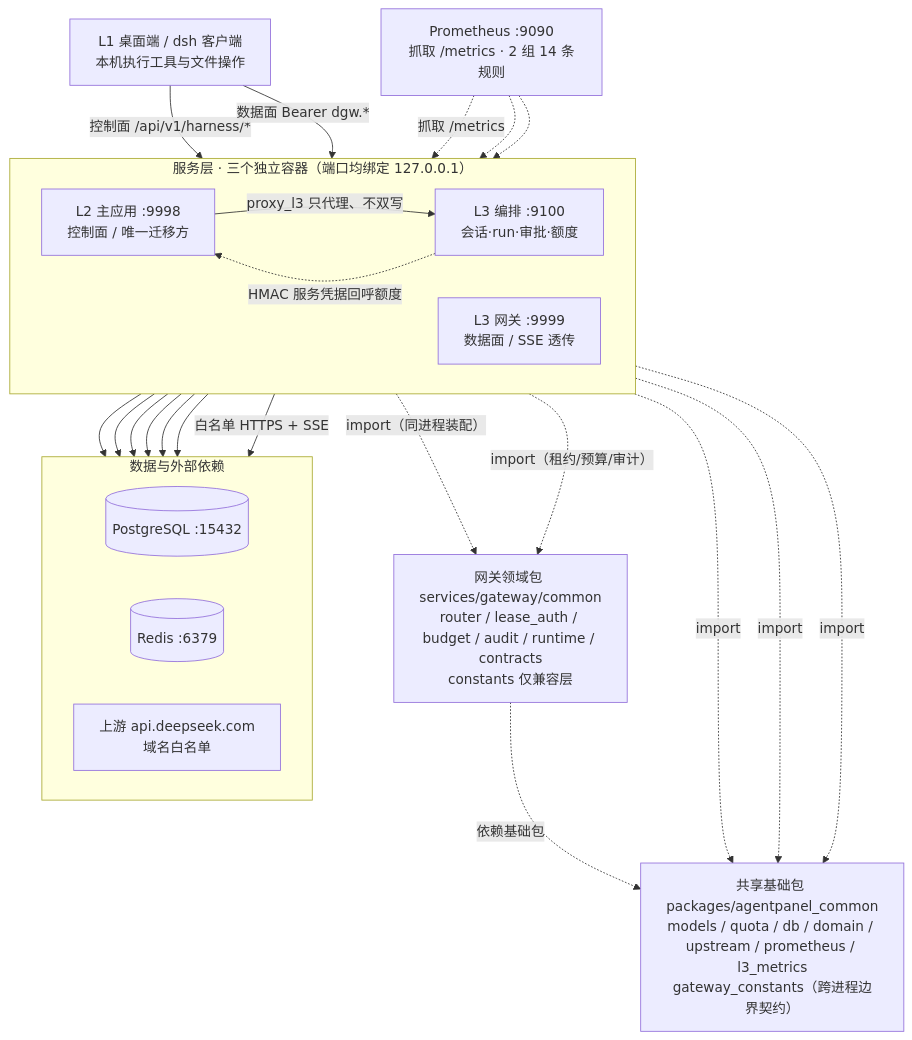
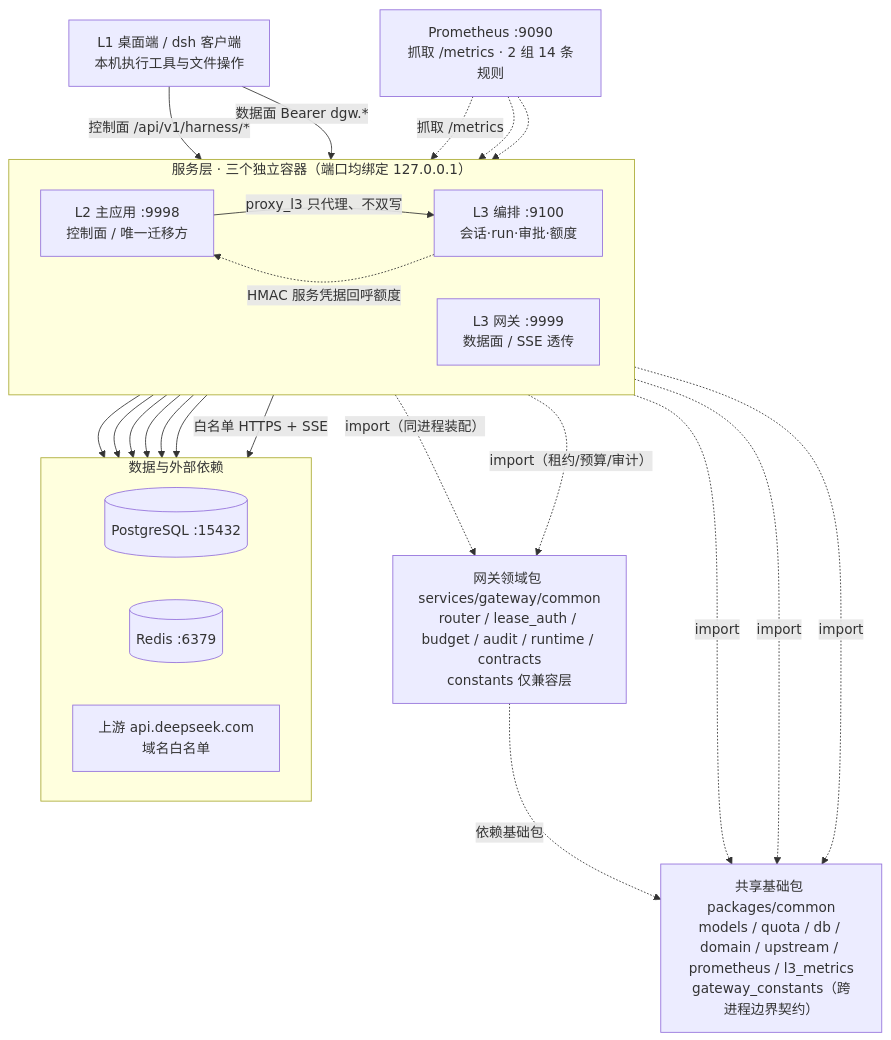
One commit to tec-more/agentpanel changed the first of 3 diagrams in reports/architecture/as-built-architecture-2026-11-09.md. Above: the diagram before and after it, drawn with Mermaid. The commit also changed other lines of this file and 171 other files, not shown here.

````diff
--- a/reports/architecture/as-built-architecture-2026-11-09.md
+++ b/reports/architecture/as-built-architecture-2026-11-09.md
@@ -23,40 +23,40 @@
 ```mermaid
 flowchart TB
   C["L1 桌面端 / dsh 客户端<br/>本机执行工具与文件操作"]
   subgraph SVC["服务层 · 三个独立容器（端口均绑定 127.0.0.1）"]
     direction LR
     L2["L2 主应用 :9998<br/>控制面 / 唯一迁移方"]
     GW["L3 网关 :9999<br/>数据面 / SSE 透传"]
     OR["L3 编排 :9100<br/>会话·run·审批·额度"]
   end
-  CM["共享基础包 packages/agentpanel_common<br/>models / quota / db / domain / upstream / prometheus / l3_metrics<br/>gateway_constants（跨进程边界契约）"]
+  CM["共享基础包 packages/common<br/>models / quota / db / domain / upstream / prometheus / l3_metrics<br/>gateway_constants（跨进程边界契约）"]
   GWD["网关领域包 services/gateway/common<br/>router / lease_auth / budget / audit / runtime / contracts<br/>constants 仅兼容层"]
   subgraph ST["数据与外部依赖"]
     direction LR
     PG[("PostgreSQL :15432")]
     RD[("Redis :6379")]
     EXT["上游 api.deepseek.com<br/>域名白名单"]
   end
   PM["Prometheus :9090<br/>抓取 /metrics · 2 组 14 条规则"]
 
   C -->|"控制面 /api/v1/harness/*"| L2
   C -->|"数据面 Bearer dgw.*"| GW
   L2 -->|"proxy_l3 只代理、不双写"| OR
   OR -.->|"HMAC 服务凭据回呼额度"| L2
   L2 -.->|import| CM
   GW -.->|import| CM
   OR -.->|import| CM
   GW -.->|"import（同进程装配）"| GWD
   L2 -.->|"import（租约/预算/审计）"| GWD
   GWD -.->|"依赖基础包"| CM
   L2 --> PG
   L2 --> RD
   OR --> PG
   OR --> RD
   GW --> PG
   GW --> RD
   GW -->|"白名单 HTTPS + SSE"| EXT
   PM -.->|"抓取 /metrics"| L2
   PM -.-> GW
   PM -.-> OR
 ```
````
